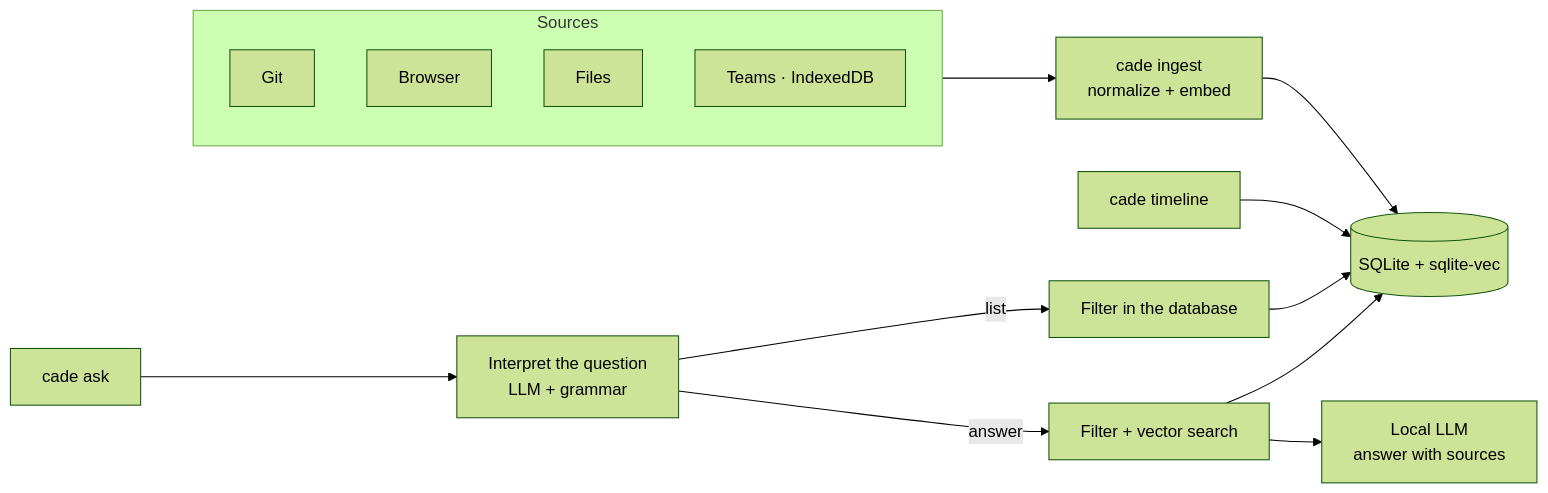
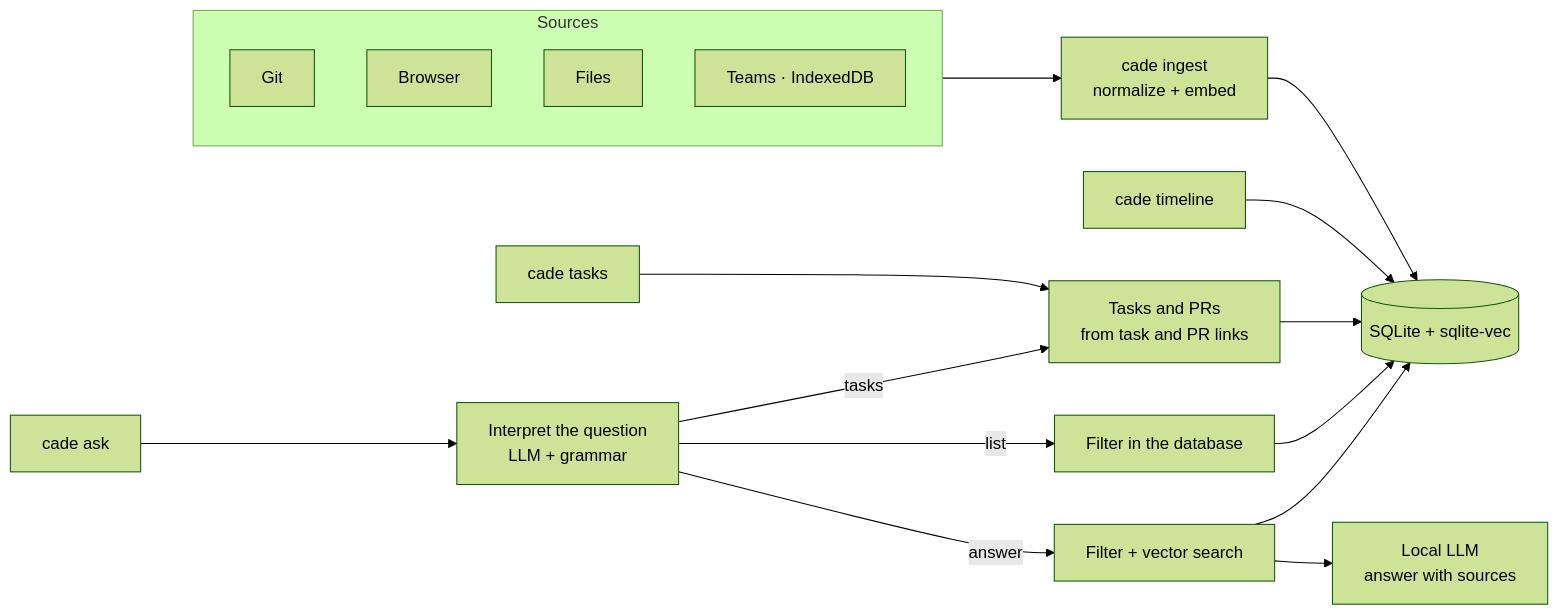
One commit to Chipskein/cade changed the diagram in README.md. Above: the diagram before and after it, drawn with Mermaid (forest theme). The commit also changed other lines of this file and 23 other files, not shown here.

````diff
--- a/README.md
+++ b/README.md
@@ -13,21 +13,24 @@
 ```mermaid
 flowchart LR
     subgraph Sources
         git[Git]
         nav[Browser]
         arq[Files]
         teams[Teams · IndexedDB]
     end
 
     Sources --> ingest[cade ingest<br/>normalize + embed]
     ingest --> db[(SQLite + sqlite-vec)]
 
     timeline[cade timeline] --> db
+    tasks[cade tasks] --> relatorio[Tasks and PRs<br/>from task and PR links]
+    relatorio --> db
 
     ask[cade ask] --> plano[Interpret the question<br/>LLM + grammar]
     plano -->|list| filtro[Filter in the database]
     plano -->|answer| busca[Filter + vector search]
+    plano -->|tasks| relatorio
     filtro --> db
     busca --> db
     busca --> llm[Local LLM<br/>answer with sources]
 ```
````
